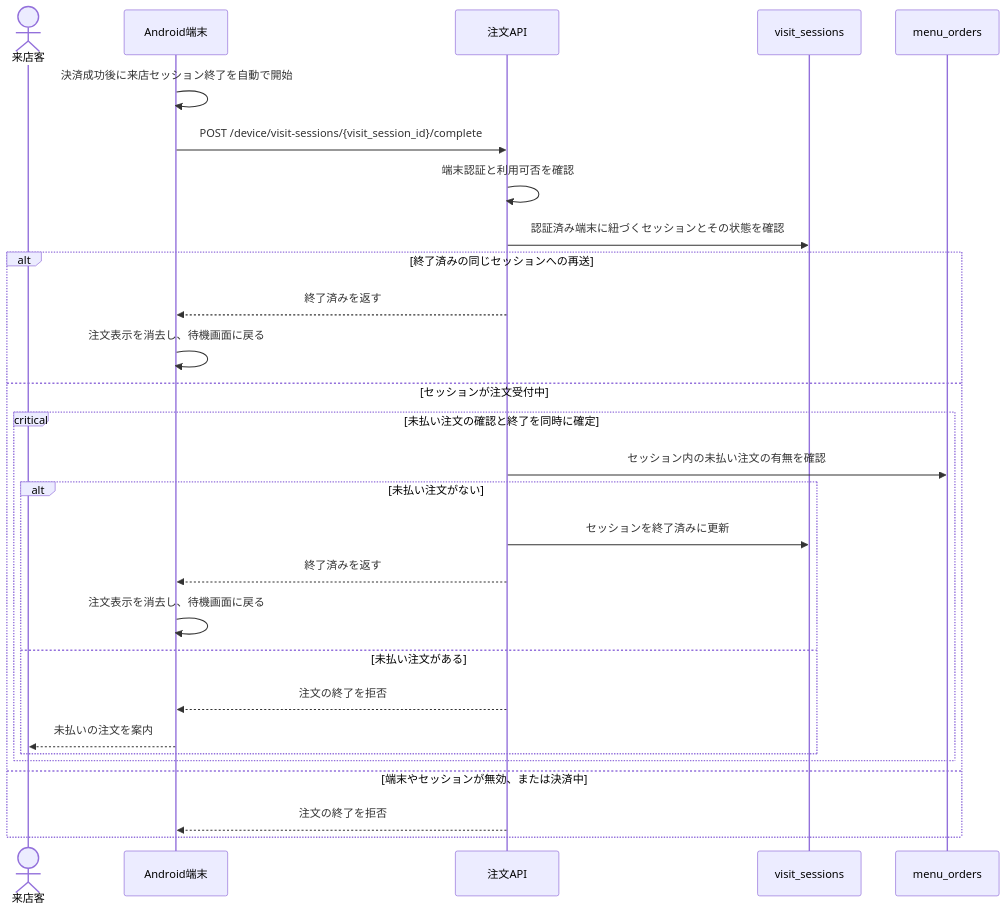
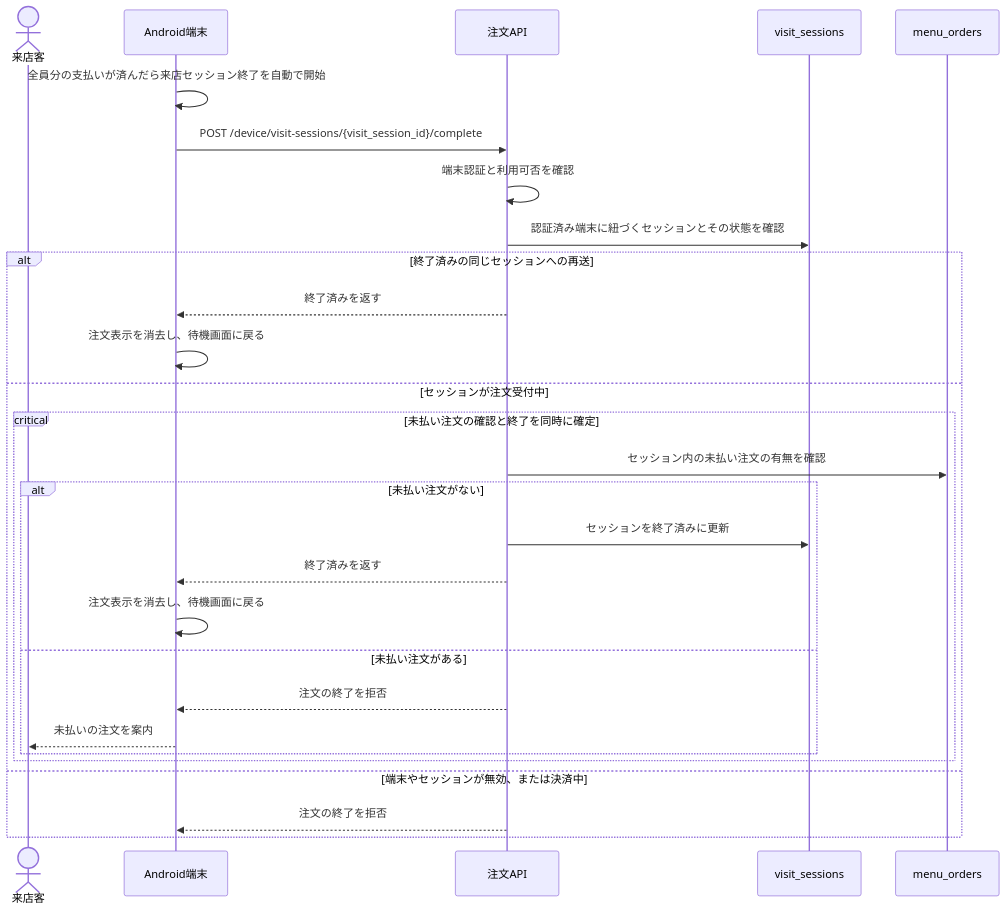
One commit to terao06/teraid-pay-api changed the eighth of 9 diagrams in docs/メニューオーダーフロー.md. Above: the diagram before and after it, drawn with Mermaid. The commit also changed other lines of this file, not shown here.

````diff
--- a/docs/メニューオーダーフロー.md
+++ b/docs/メニューオーダーフロー.md
@@ -400,31 +425,31 @@
 ```mermaid
 sequenceDiagram
     actor Guest as 来店客
     participant Device as Android端末
     participant API as 注文API
     participant Visits as visit_sessions
     participant Orders as menu_orders
 
-    Device->>Device: 決済成功後に来店セッション終了を自動で開始
+    Device->>Device: 全員分の支払いが済んだら来店セッション終了を自動で開始
     Device->>API: POST /device/visit-sessions/{visit_session_id}/complete
     API->>API: 端末認証と利用可否を確認
     API->>Visits: 認証済み端末に紐づくセッションとその状態を確認
     alt 終了済みの同じセッションへの再送
         API-->>Device: 終了済みを返す
         Device->>Device: 注文表示を消去し、待機画面に戻る
     else セッションが注文受付中
         critical 未払い注文の確認と終了を同時に確定
             API->>Orders: セッション内の未払い注文の有無を確認
             alt 未払い注文がない
                 API->>Visits: セッションを終了済みに更新
                 API-->>Device: 終了済みを返す
                 Device->>Device: 注文表示を消去し、待機画面に戻る
             else 未払い注文がある
                 API-->>Device: 注文の終了を拒否
                 Device-->>Guest: 未払いの注文を案内
             end
         end
     else 端末やセッションが無効、または決済中
         API-->>Device: 注文の終了を拒否
     end
 ```
````
